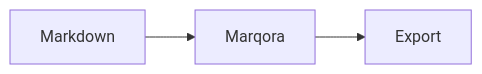
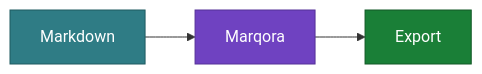
Before and after one commit to paultechguy/Marqora: the first of 2 diagrams in webshell/cheatsheet.md, drawn with Mermaid. The commit also changed other lines of this file and 2 other files, not shown here.

Commit message:
Update colors for app related markdown content

````diff
--- a/webshell/cheatsheet.md
+++ b/webshell/cheatsheet.md
@@ -232,4 +269,12 @@
 ```mermaid
 flowchart LR
     A[Markdown] --> B[Marqora] --> C[Export]
+
+    classDef in fill:#2f7c85,stroke:#1f5a61,color:#fff
+    classDef app fill:#6f42c1,stroke:#553098,color:#fff
+    classDef out fill:#1a7f37,stroke:#125926,color:#fff
+
+    class A in
+    class B app
+    class C out
 ```
````
